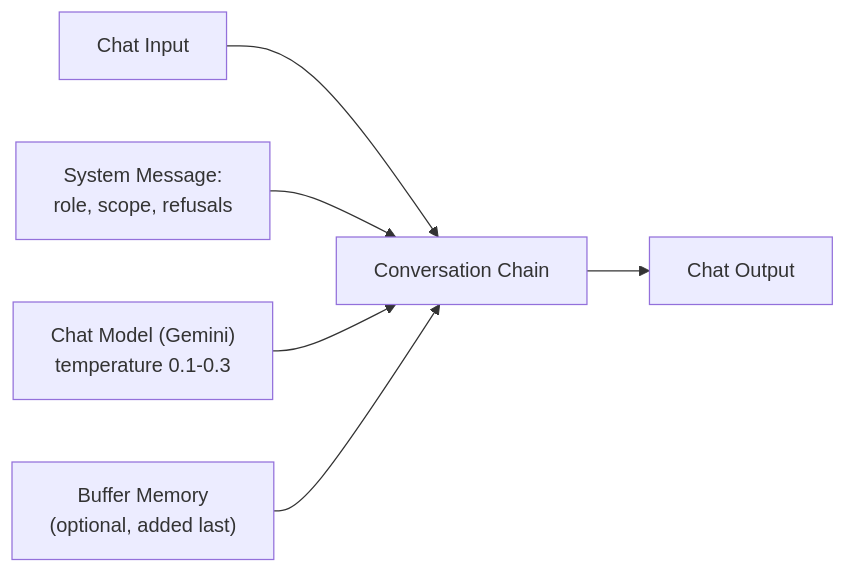
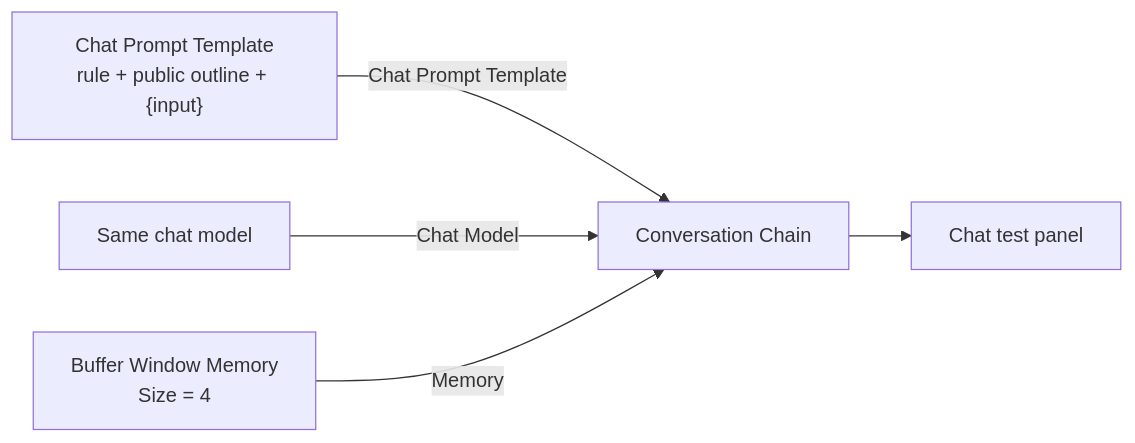
The second of 2 diagrams in M03-Context-Orchestration/Flowise/M03B-Flowise-Chatbot-Prompt-Memory.md (tulip-lab/agentic-AI-lab), drawn with Mermaid before and after one commit. The commit also changed other lines of this file and 31 other files, not shown here.

Commit message:
docs(m03): rebuild English Flowise labs with verified examples

````diff
--- a/M03-Context-Orchestration/Flowise/M03B-Flowise-Chatbot-Prompt-Memory.md
+++ b/M03-Context-Orchestration/Flowise/M03B-Flowise-Chatbot-Prompt-Memory.md
@@ -70,8 +55,7 @@
-```mermaid
+~~~mermaid
 flowchart LR
-    A[Chat Input] --> B[Conversation Chain]
-    S["System Message:<br/>role, scope, refusals"] --> B
-    M["Chat Model (Gemini)<br/>temperature 0.1-0.3"] --> B
-    K["Buffer Memory<br/>(optional, added last)"] --> B
-    B --> O[Chat Output]
-```
+    P["Chat Prompt Template<br/>rule + public outline + {input}"] -->|Chat Prompt Template| C[Conversation Chain]
+    M[Same chat model] -->|Chat Model| C
+    W["Buffer Window Memory<br/>Size = 4"] -->|Memory| C
+    C --> O[Chat test panel]
+~~~
````
